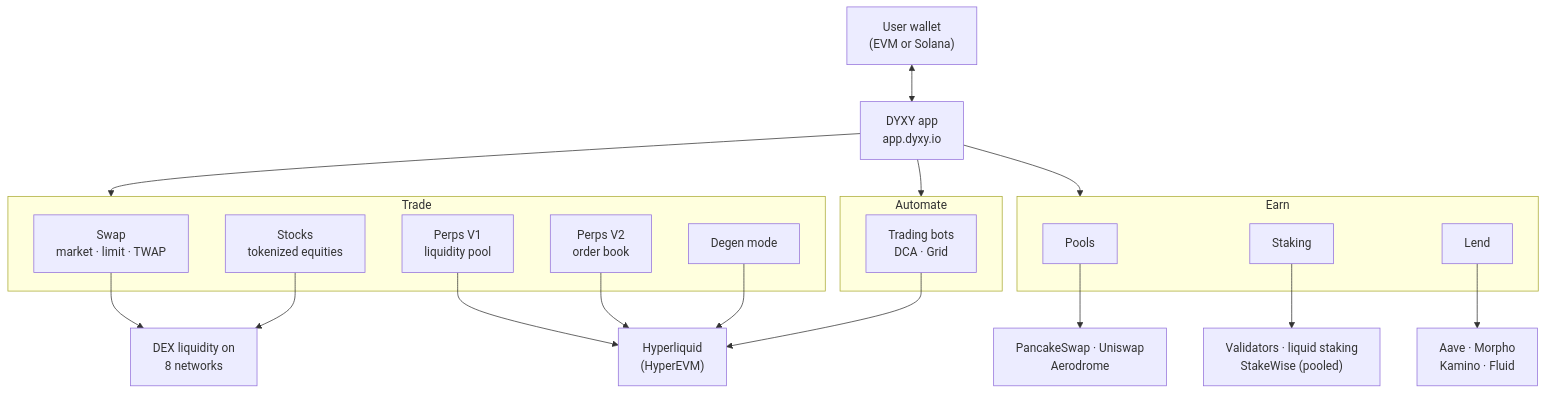
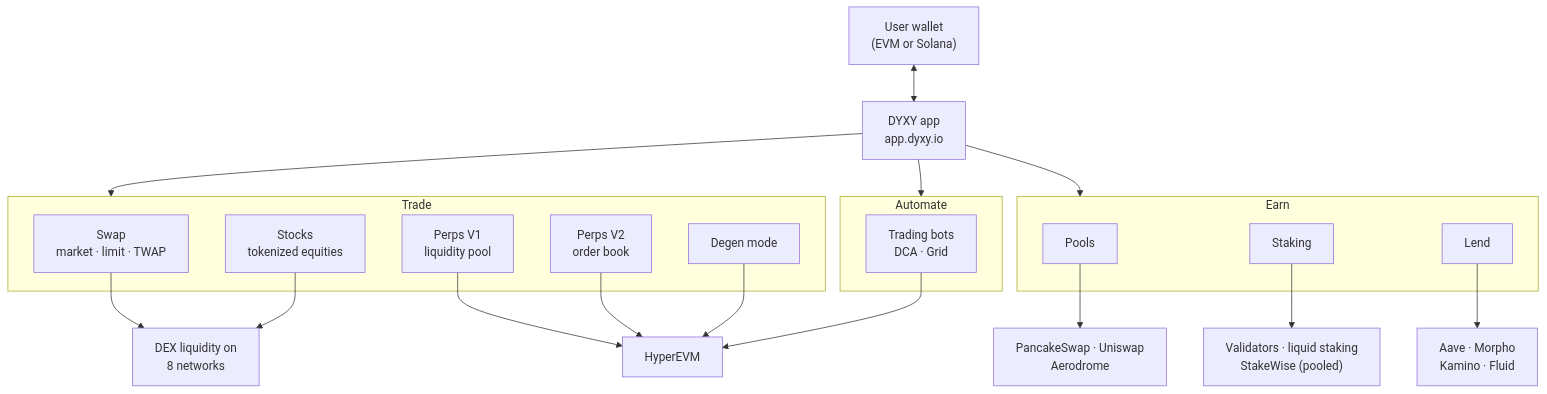
The first of 3 diagrams in README.md (dyxy-io/architecture), drawn with Mermaid before and after one commit. The commit also changed other lines of this file, not shown here.

First line of the commit message:
Use HyperEVM instead of Hyperliquid

````diff
--- a/README.md
+++ b/README.md
@@ -24,39 +24,39 @@
 ```mermaid
 flowchart TB
     U["User wallet<br/>(EVM or Solana)"]
     APP["DYXY app<br/>app.dyxy.io"]
 
     U <--> APP
 
     subgraph TRADE["Trade"]
         SW["Swap<br/>market · limit · TWAP"]
         ST["Stocks<br/>tokenized equities"]
         PV1["Perps V1<br/>liquidity pool"]
         PV2["Perps V2<br/>order book"]
         DG["Degen mode"]
     end
 
     subgraph AUTO["Automate"]
         BOT["Trading bots<br/>DCA · Grid"]
     end
 
     subgraph EARN["Earn"]
         PL["Pools"]
         SK["Staking"]
         LD["Lend"]
     end
 
     APP --> TRADE
     APP --> AUTO
     APP --> EARN
 
     SW --> DEX["DEX liquidity on<br/>8 networks"]
     ST --> DEX
     PV1 --> HL
     PV2 --> HL
-    DG --> HL["Hyperliquid<br/>(HyperEVM)"]
+    DG --> HL["HyperEVM"]
     BOT --> HL
     PL --> AMM["PancakeSwap · Uniswap<br/>Aerodrome"]
     SK --> STK["Validators · liquid staking<br/>StakeWise (pooled)"]
     LD --> LEND["Aave · Morpho<br/>Kamino · Fluid"]
 ```
````
